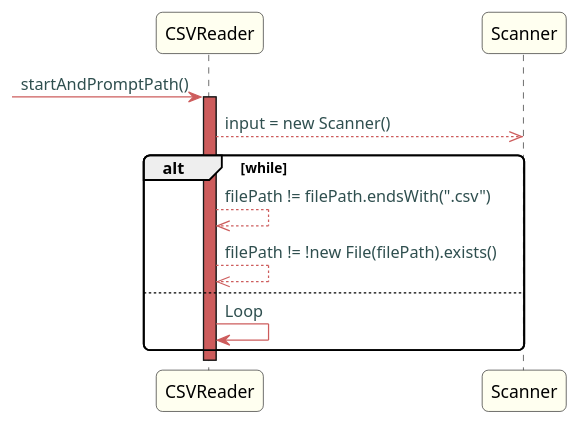
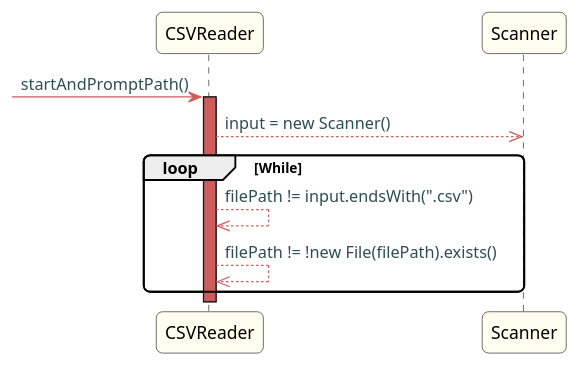
One commit to Almadanmp/project changed the diagram in src/doc/Controllers/HouseConfiguration/US20/US20FilePathPrompt.puml. Above: the diagram before and after it, drawn with PlantUML. The commit also changed 4 other files, not shown here.

Commit message:
Ref #160 Updates UML Diagrams

```diff
--- a/src/doc/Controllers/HouseConfiguration/US20/US20FilePathPrompt.puml
+++ b/src/doc/Controllers/HouseConfiguration/US20/US20FilePathPrompt.puml
@@ -1,46 +1,43 @@
 @startuml
 
 skinparam titleBorderRoundCorner 10
 skinparam titleBorderThickness 3
 skinparam titleBorderColor indianred
 skinparam titleBackgroundColor ivory
 skinparam FontName quicksand
 
 skinparam actor {
  	BorderColor indianred
  	}
 
  skinparam sequence {
  	LifeLineBackgroundColor indianred
  	ParticipantBackgroundColor ivory
  }
 
  skinparam roundcorner 10
 
  skinparam component {
    arrowThickness 1
    ArrowFontName Verdana
    ArrowColor indianred
    ArrowFontColor darkslategrey
  }
 
 
 
 -> CSVReader: startAndPromptPath()
 activate CSVReader
 CSVReader -->> Scanner: input = new Scanner()
 
-alt while
+loop While
 
-CSVReader -->> CSVReader: filePath != filePath.endsWith(".csv")
+CSVReader -->> CSVReader: filePath != input.endsWith(".csv")
 CSVReader -->> CSVReader: filePath != !new File(filePath).exists()
 
-
-else
-CSVReader -> CSVReader: Loop
 
 end
 
 
 
 @enduml
```
